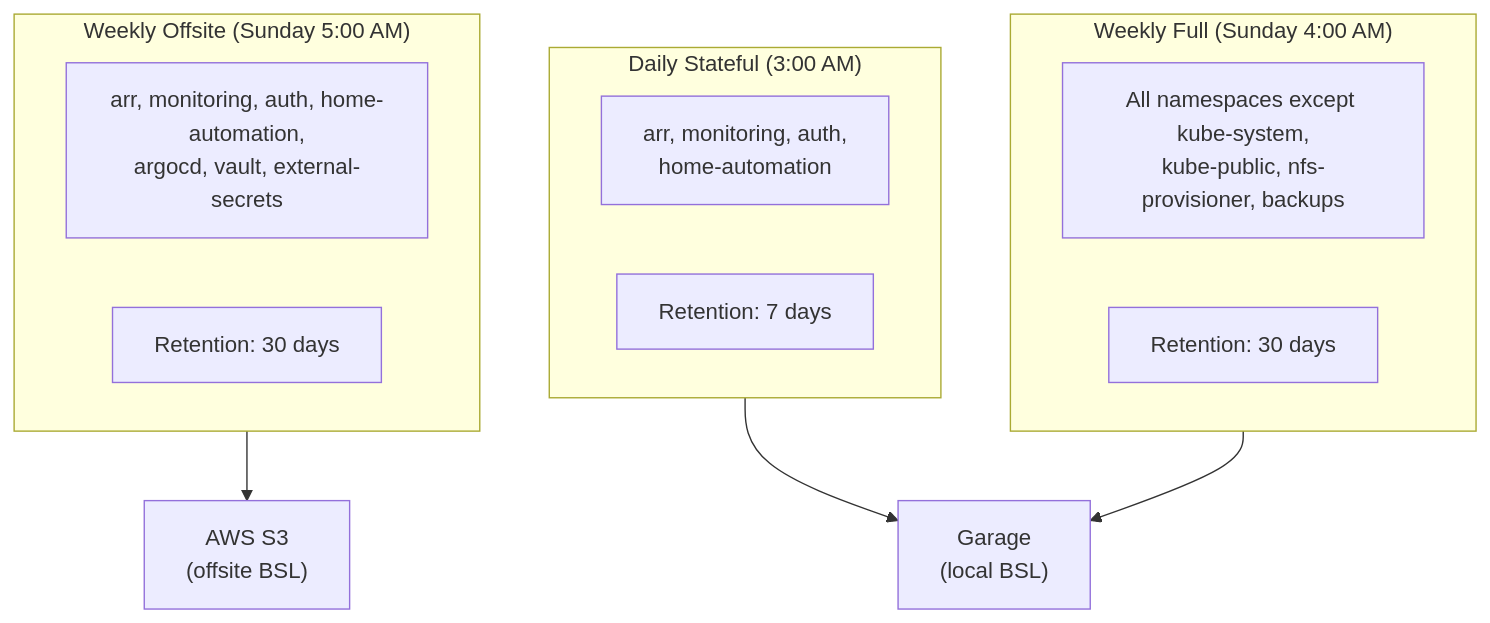
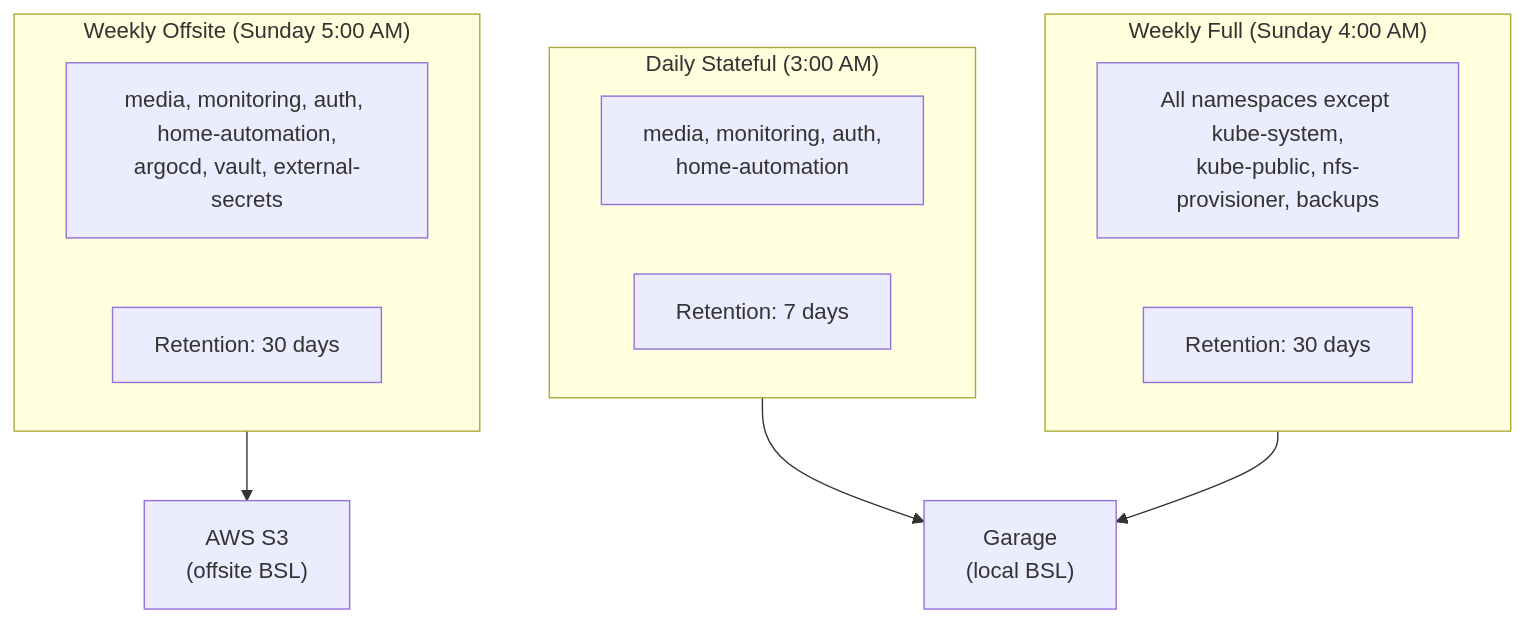
The second of 3 diagrams in docs/architecture/backups.md (kyleseneker/homelab), drawn with Mermaid before and after one commit. The commit also changed other lines of this file and 217 other files, not shown here.

Commit message:
refactor(k8s): rename the arr namespace to media and drop the arr- prefix

````diff
--- a/docs/architecture/backups.md
+++ b/docs/architecture/backups.md
@@ -86,21 +86,21 @@
 ```mermaid
 flowchart TD
     subgraph daily["Daily Stateful (3:00 AM)"]
-        dailyTarget["arr, monitoring, auth,\nhome-automation"]
+        dailyTarget["media, monitoring, auth,\nhome-automation"]
         dailyRetention["Retention: 7 days"]
     end
 
     subgraph weekly["Weekly Full (Sunday 4:00 AM)"]
         weeklyTarget["All namespaces except kube-system,\nkube-public, nfs-provisioner, backups"]
         weeklyRetention["Retention: 30 days"]
     end
 
     subgraph offsite["Weekly Offsite (Sunday 5:00 AM)"]
-        offsiteTarget["arr, monitoring, auth, home-automation,\nargocd, vault, external-secrets"]
+        offsiteTarget["media, monitoring, auth, home-automation,\nargocd, vault, external-secrets"]
         offsiteRetention["Retention: 30 days"]
     end
 
     daily --> garage["Garage\n(local BSL)"]
     weekly --> garage
     offsite --> s3["AWS S3\n(offsite BSL)"]
 ```
````
